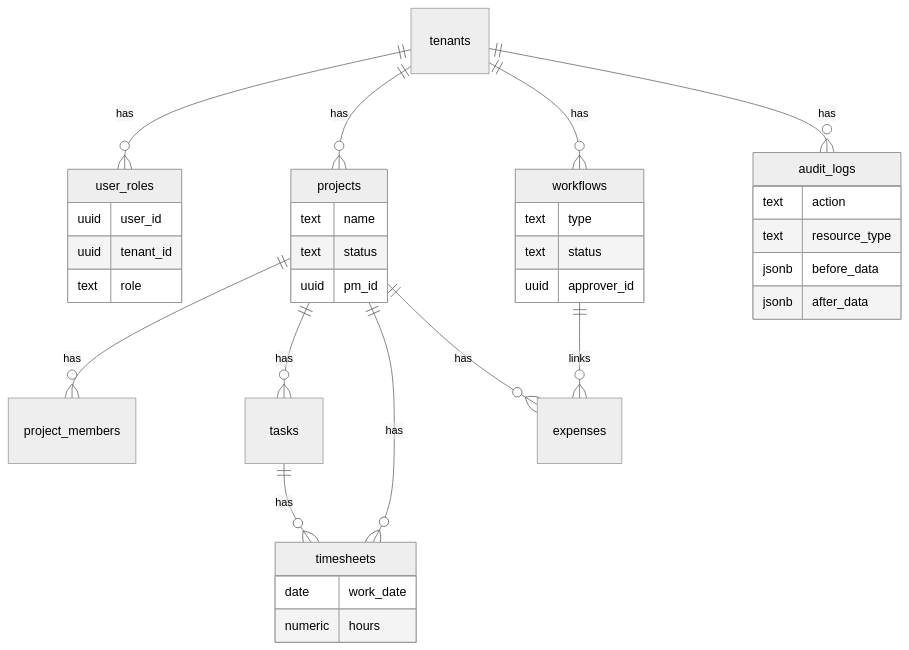
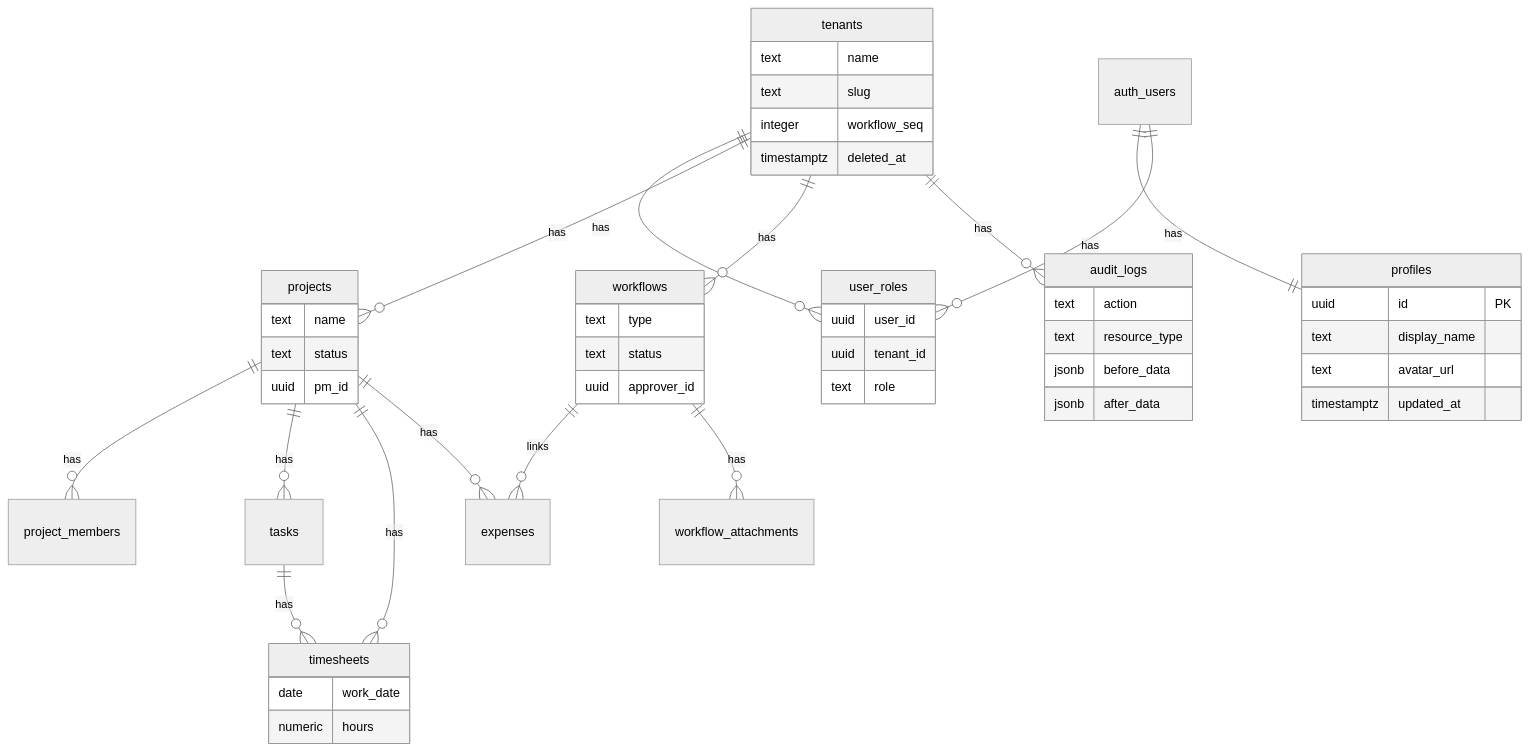
One commit to garchomp-game/opsHub-doc changed the diagram in src/content/docs/detail/db/index.md. Above: the diagram before and after it, drawn with Mermaid (neutral theme). The commit also changed other lines of this file and 39 other files, not shown here.

````diff
--- a/src/content/docs/detail/db/index.md
+++ b/src/content/docs/detail/db/index.md
@@ -219,42 +292,58 @@
 ```mermaid
 erDiagram
     tenants ||--o{ user_roles : has
     tenants ||--o{ projects : has
     tenants ||--o{ workflows : has
     tenants ||--o{ audit_logs : has
+
+    auth_users ||--|| profiles : has
+    auth_users ||--o{ user_roles : has
 
     projects ||--o{ project_members : has
     projects ||--o{ tasks : has
     projects ||--o{ timesheets : has
     projects ||--o{ expenses : has
 
     tasks ||--o{ timesheets : has
 
     workflows ||--o{ expenses : links
+    workflows ||--o{ workflow_attachments : has
 
+    tenants {
+        text name
+        text slug
+        integer workflow_seq
+        timestamptz deleted_at
+    }
     user_roles {
         uuid user_id
         uuid tenant_id
         text role
+    }
+    profiles {
+        uuid id PK
+        text display_name
+        text avatar_url
+        timestamptz updated_at
     }
     projects {
         text name
         text status
         uuid pm_id
     }
     workflows {
         text type
         text status
         uuid approver_id
     }
     timesheets {
         date work_date
         numeric hours
     }
     audit_logs {
         text action
         text resource_type
         jsonb before_data
         jsonb after_data
     }
 ```
````
